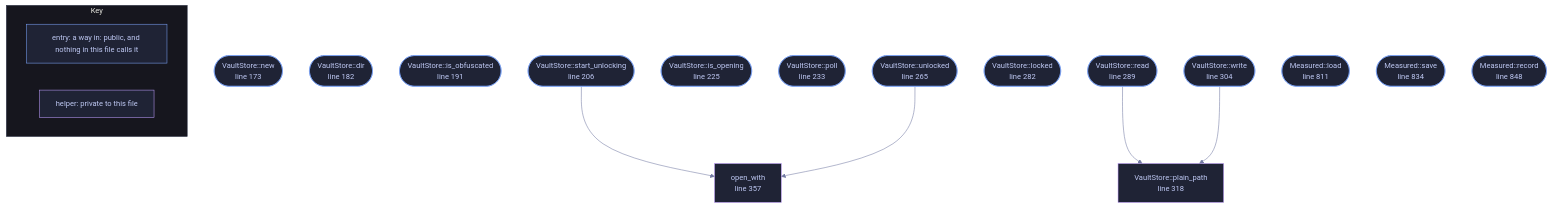
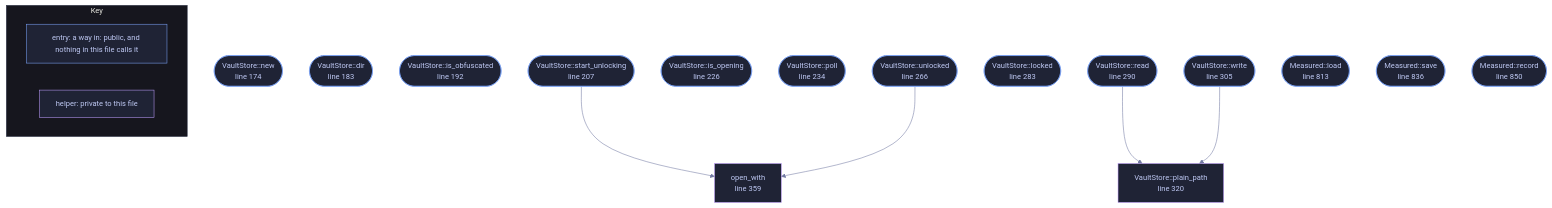
The diagram in docs/files/veilvoice-gui/vault_store.md (tilas01/veilvoice), drawn with Mermaid before and after one commit. The commit also changed other lines of this file and 514 other files, not shown here.

````diff
--- a/docs/files/veilvoice-gui/vault_store.md
+++ b/docs/files/veilvoice-gui/vault_store.md
@@ -121,49 +122,49 @@
 ```mermaid
 %%{init: {"theme":"base","themeVariables":{"background":"#1a1b26","primaryColor":"#1f2335","primaryTextColor":"#c0caf5","primaryBorderColor":"#7aa2f7","secondaryColor":"#16161e","tertiaryColor":"#16161e","lineColor":"#737aa2","textColor":"#c0caf5","mainBkg":"#1f2335","nodeBorder":"#7aa2f7","clusterBkg":"#16161e","clusterBorder":"#2f3549","fontFamily":"ui-monospace, SFMono-Regular, Consolas, monospace","fontSize":"14px"}}}%%
 flowchart TD
-    n_new(["VaultStore::new<br/>line 173"])
-    n_dir(["VaultStore::dir<br/>line 182"])
-    n_is_obfuscated(["VaultStore::is_obfuscated<br/>line 191"])
-    n_start_unlocking(["VaultStore::start_unlocking<br/>line 206"])
-    n_is_opening(["VaultStore::is_opening<br/>line 225"])
-    n_poll(["VaultStore::poll<br/>line 233"])
-    n_unlocked(["VaultStore::unlocked<br/>line 265"])
-    n_locked(["VaultStore::locked<br/>line 282"])
-    n_read(["VaultStore::read<br/>line 289"])
-    n_write(["VaultStore::write<br/>line 304"])
-    n_plain_path["VaultStore::plain_path<br/>line 318"]
-    n_open_with["open_with<br/>line 357"]
-    n_load(["Measured::load<br/>line 811"])
-    n_save(["Measured::save<br/>line 834"])
-    n_record(["Measured::record<br/>line 848"])
+    n_new(["VaultStore::new<br/>line 174"])
+    n_dir(["VaultStore::dir<br/>line 183"])
+    n_is_obfuscated(["VaultStore::is_obfuscated<br/>line 192"])
+    n_start_unlocking(["VaultStore::start_unlocking<br/>line 207"])
+    n_is_opening(["VaultStore::is_opening<br/>line 226"])
+    n_poll(["VaultStore::poll<br/>line 234"])
+    n_unlocked(["VaultStore::unlocked<br/>line 266"])
+    n_locked(["VaultStore::locked<br/>line 283"])
+    n_read(["VaultStore::read<br/>line 290"])
+    n_write(["VaultStore::write<br/>line 305"])
+    n_plain_path["VaultStore::plain_path<br/>line 320"]
+    n_open_with["open_with<br/>line 359"]
+    n_load(["Measured::load<br/>line 813"])
+    n_save(["Measured::save<br/>line 836"])
+    n_record(["Measured::record<br/>line 850"])
     n_read --> n_plain_path
     n_start_unlocking --> n_open_with
     n_unlocked --> n_open_with
     n_write --> n_plain_path
-    click n_new href "https://github.com/tilas01/veilvoice/blob/main/crates/veilvoice-gui/src/vault_store.rs#L173" "open the source"
-    click n_dir href "https://github.com/tilas01/veilvoice/blob/main/crates/veilvoice-gui/src/vault_store.rs#L182" "open the source"
-    click n_is_obfuscated href "https://github.com/tilas01/veilvoice/blob/main/crates/veilvoice-gui/src/vault_store.rs#L191" "open the source"
-    click n_start_unlocking href "https://github.com/tilas01/veilvoice/blob/main/crates/veilvoice-gui/src/vault_store.rs#L206" "open the source"
-    click n_is_opening href "https://github.com/tilas01/veilvoice/blob/main/crates/veilvoice-gui/src/vault_store.rs#L225" "open the source"
-    click n_poll href "https://github.com/tilas01/veilvoice/blob/main/crates/veilvoice-gui/src/vault_store.rs#L233" "open the source"
-    click n_unlocked href "https://github.com/tilas01/veilvoice/blob/main/crates/veilvoice-gui/src/vault_store.rs#L265" "open the source"
-    click n_locked href "https://github.com/tilas01/veilvoice/blob/main/crates/veilvoice-gui/src/vault_store.rs#L282" "open the source"
-    click n_read href "https://github.com/tilas01/veilvoice/blob/main/crates/veilvoice-gui/src/vault_store.rs#L289" "open the source"
-    click n_write href "https://github.com/tilas01/veilvoice/blob/main/crates/veilvoice-gui/src/vault_store.rs#L304" "open the source"
-    click n_plain_path href "https://github.com/tilas01/veilvoice/blob/main/crates/veilvoice-gui/src/vault_store.rs#L318" "open the source"
-    click n_open_with href "https://github.com/tilas01/veilvoice/blob/main/crates/veilvoice-gui/src/vault_store.rs#L357" "open the source"
-    click n_load href "https://github.com/tilas01/veilvoice/blob/main/crates/veilvoice-gui/src/vault_store.rs#L811" "open the source"
-    click n_save href "https://github.com/tilas01/veilvoice/blob/main/crates/veilvoice-gui/src/vault_store.rs#L834" "open the source"
-    click n_record href "https://github.com/tilas01/veilvoice/blob/main/crates/veilvoice-gui/src/vault_store.rs#L848" "open the source"
+    click n_new href "https://github.com/tilas01/veilvoice/blob/main/crates/veilvoice-gui/src/vault_store.rs#L174" "open the source"
+    click n_dir href "https://github.com/tilas01/veilvoice/blob/main/crates/veilvoice-gui/src/vault_store.rs#L183" "open the source"
+    click n_is_obfuscated href "https://github.com/tilas01/veilvoice/blob/main/crates/veilvoice-gui/src/vault_store.rs#L192" "open the source"
+    click n_start_unlocking href "https://github.com/tilas01/veilvoice/blob/main/crates/veilvoice-gui/src/vault_store.rs#L207" "open the source"
+    click n_is_opening href "https://github.com/tilas01/veilvoice/blob/main/crates/veilvoice-gui/src/vault_store.rs#L226" "open the source"
+    click n_poll href "https://github.com/tilas01/veilvoice/blob/main/crates/veilvoice-gui/src/vault_store.rs#L234" "open the source"
+    click n_unlocked href "https://github.com/tilas01/veilvoice/blob/main/crates/veilvoice-gui/src/vault_store.rs#L266" "open the source"
+    click n_locked href "https://github.com/tilas01/veilvoice/blob/main/crates/veilvoice-gui/src/vault_store.rs#L283" "open the source"
+    click n_read href "https://github.com/tilas01/veilvoice/blob/main/crates/veilvoice-gui/src/vault_store.rs#L290" "open the source"
+    click n_write href "https://github.com/tilas01/veilvoice/blob/main/crates/veilvoice-gui/src/vault_store.rs#L305" "open the source"
+    click n_plain_path href "https://github.com/tilas01/veilvoice/blob/main/crates/veilvoice-gui/src/vault_store.rs#L320" "open the source"
+    click n_open_with href "https://github.com/tilas01/veilvoice/blob/main/crates/veilvoice-gui/src/vault_store.rs#L359" "open the source"
+    click n_load href "https://github.com/tilas01/veilvoice/blob/main/crates/veilvoice-gui/src/vault_store.rs#L813" "open the source"
+    click n_save href "https://github.com/tilas01/veilvoice/blob/main/crates/veilvoice-gui/src/vault_store.rs#L836" "open the source"
+    click n_record href "https://github.com/tilas01/veilvoice/blob/main/crates/veilvoice-gui/src/vault_store.rs#L850" "open the source"
     classDef entry fill:#1f2335,stroke:#7aa2f7,color:#c0caf5
     class n_new,n_dir,n_is_obfuscated,n_start_unlocking,n_is_opening,n_poll,n_unlocked,n_locked,n_read,n_write,n_load,n_save,n_record entry
     classDef helper fill:#1f2335,stroke:#bb9af7,color:#c0caf5
     class n_plain_path,n_open_with helper
     subgraph chart_key ["Key"]
         direction LR
         key_entry["entry: a way in: public, and nothing in this file calls it"]
         key_helper["helper: private to this file"]
     end
     class key_entry entry
     class key_helper helper
 ```
````
